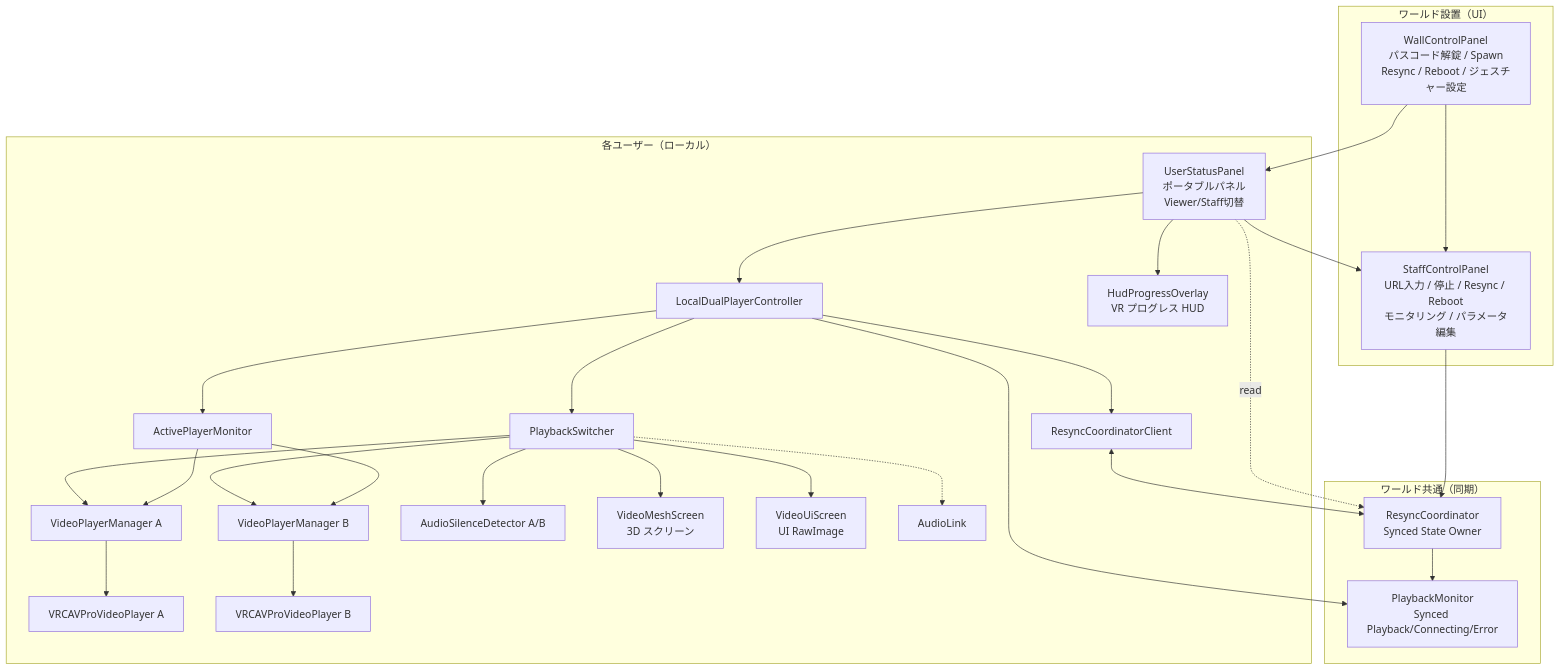
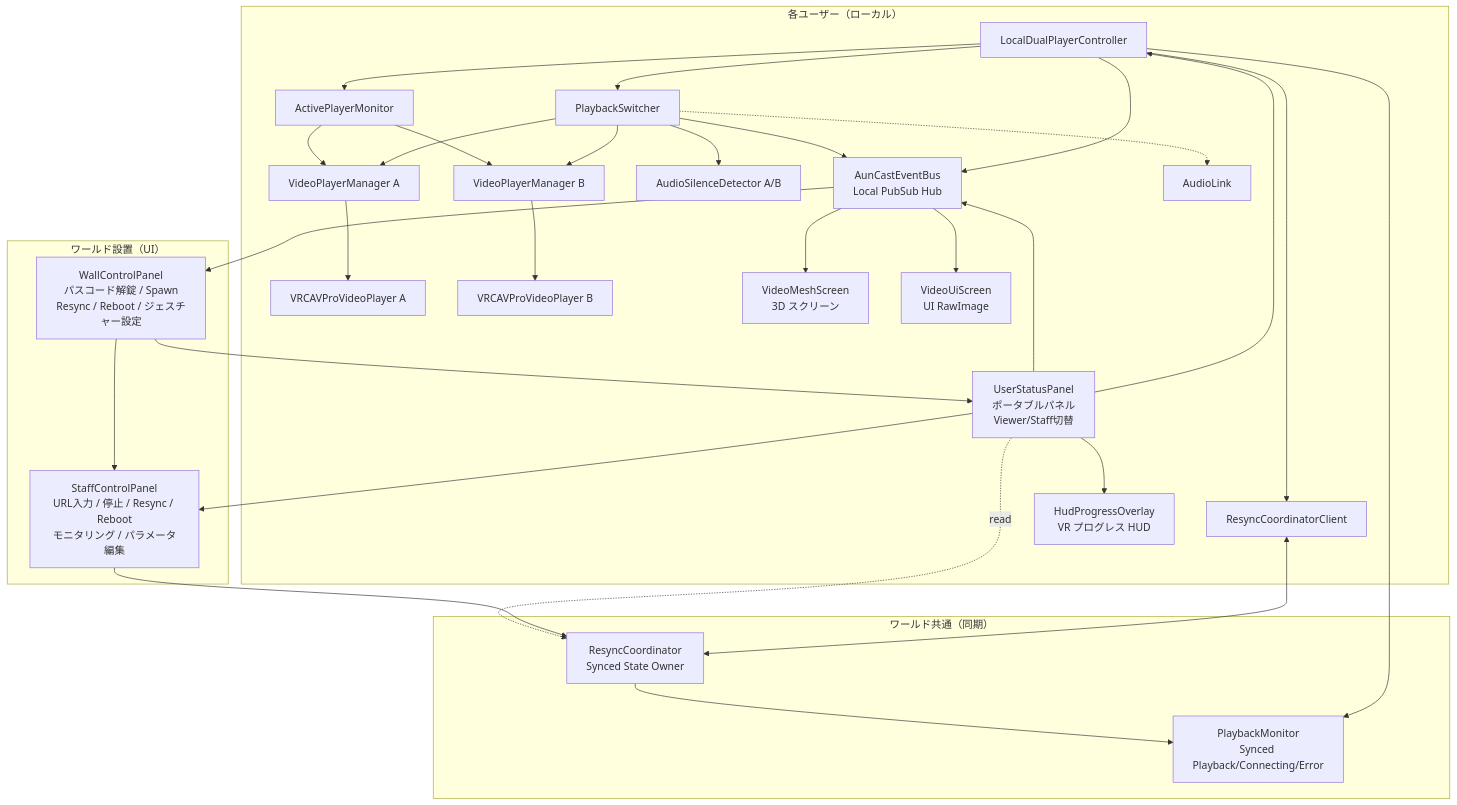
One commit to pasocommate/AunCast changed the first of 6 diagrams in Docs/Design.md. Above: the diagram before and after it, drawn with Mermaid. The commit also changed other lines of this file and 22 other files, not shown here.

First line of the commit message:
feat(events): AunCastEventBus を導入し購読者群への配信を疎結合化

````diff
--- a/Docs/Design.md
+++ b/Docs/Design.md
@@ -445,54 +454,59 @@
 ```mermaid
 flowchart TB
     subgraph "各ユーザー（ローカル）"
         Ctrl[LocalDualPlayerController]
         Mon[ActivePlayerMonitor]
         Sw[PlaybackSwitcher]
         Cli[ResyncCoordinatorClient]
         VPM_A[VideoPlayerManager A]
         VPM_B[VideoPlayerManager B]
         PA[VRCAVProVideoPlayer A]
         PB[VRCAVProVideoPlayer B]
         Audio[AudioSilenceDetector A/B]
+        Bus[AunCastEventBus<br/>Local PubSub Hub]
         MeshScreen[VideoMeshScreen<br/>3D スクリーン]
         UiScreen[VideoUiScreen<br/>UI RawImage]
         AL[AudioLink]
         Viewer[UserStatusPanel<br/>ポータブルパネル<br/>Viewer/Staff切替]
         HUD[HudProgressOverlay<br/>VR プログレス HUD]
 
         Ctrl --> Mon
         Ctrl --> Sw
         Ctrl --> Cli
+        Ctrl --> Bus
         Sw --> VPM_A
         Sw --> VPM_B
-        Sw --> MeshScreen
-        Sw --> UiScreen
+        Sw --> Bus
+        Bus --> MeshScreen
+        Bus --> UiScreen
         Sw -.-> AL
         Sw --> Audio
         VPM_A --> PA
         VPM_B --> PB
         Mon --> VPM_A
         Mon --> VPM_B
         Viewer --> Ctrl
+        Viewer --> Bus
         Viewer --> HUD
     end
 
     subgraph "ワールド共通（同期）"
         Coord[ResyncCoordinator<br/>Synced State Owner]
         PMon[PlaybackMonitor<br/>Synced Playback/Connecting/Error]
     end
 
     subgraph "ワールド設置（UI）"
         Wall[WallControlPanel<br/>パスコード解錠 / Spawn<br/>Resync / Reboot / ジェスチャー設定]
         Staff[StaffControlPanel<br/>URL入力 / 停止 / Resync / Reboot<br/>モニタリング / パラメータ編集]
     end
 
     Cli <--> Coord
     Ctrl --> PMon
     Wall --> Staff
     Wall --> Viewer
+    Bus --> Wall
     Staff --> Coord
     Viewer -.->|read| Coord
     Viewer --> Staff
     Coord --> PMon
 ```
````
